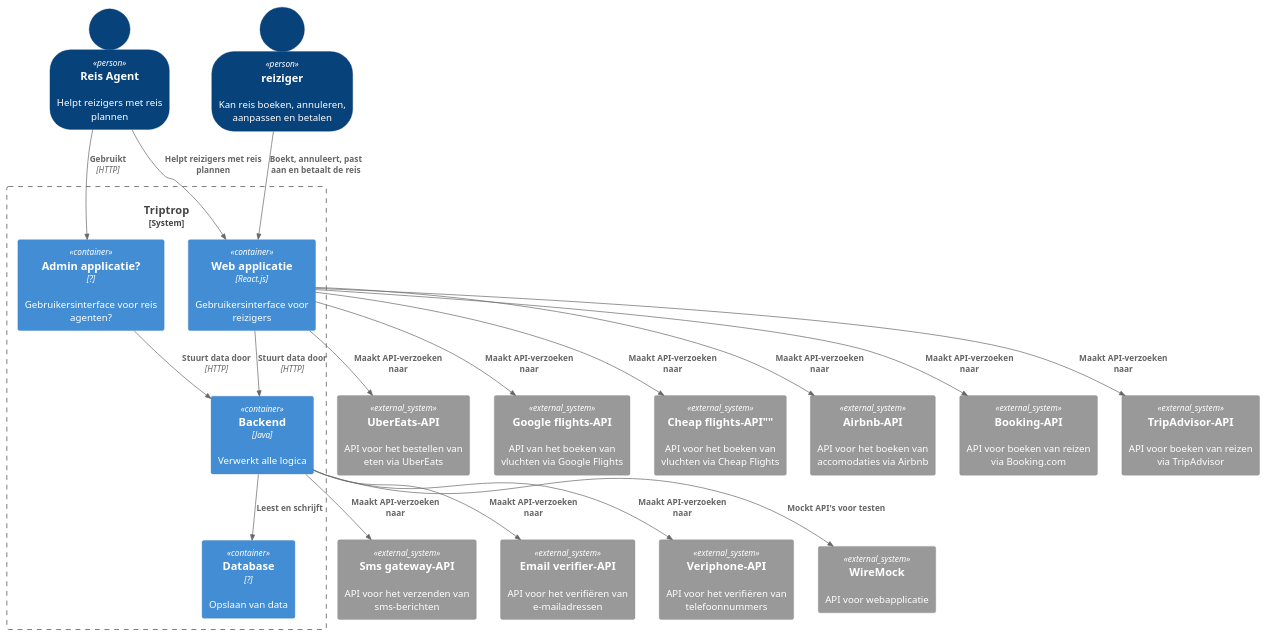
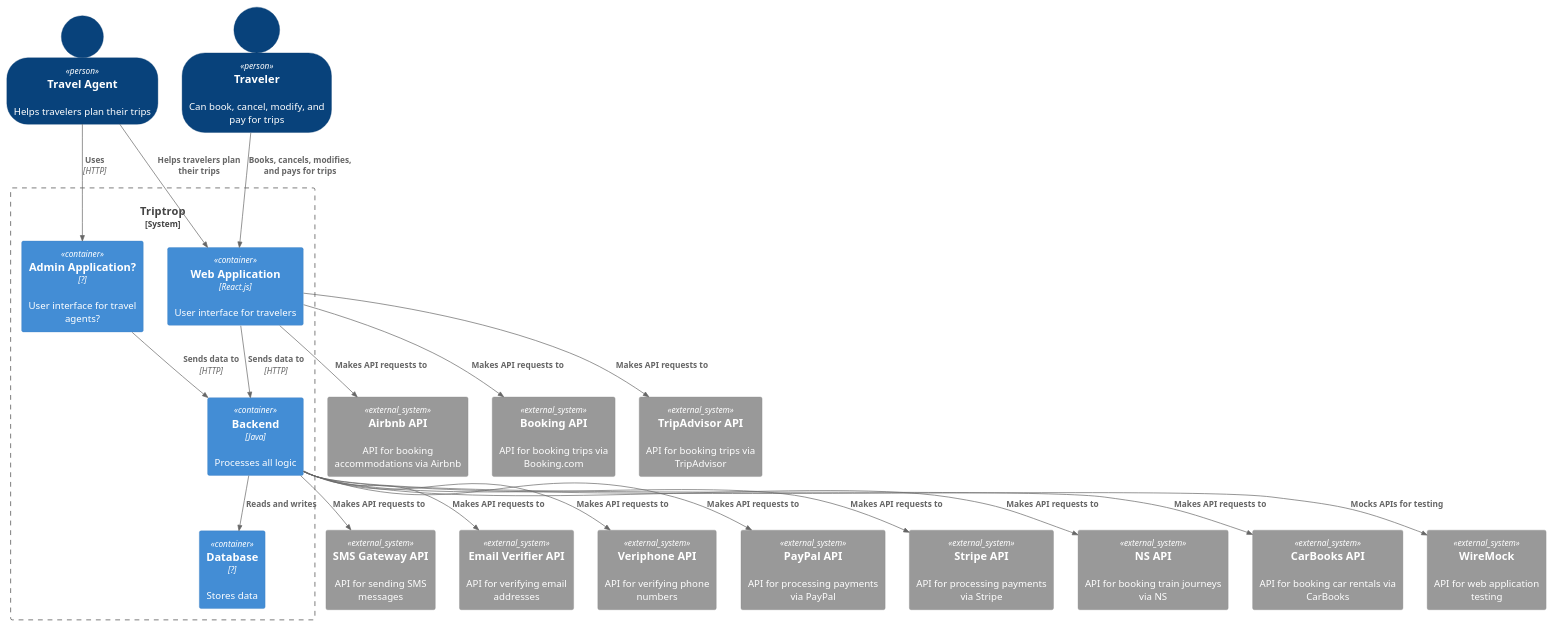
One commit to AIM-ENE-feb25/triptop-inshallahboys changed the diagram in Week1/Presentatie/2ContainerDiagram/container-triptrop.puml. Above: the diagram before and after it, drawn with PlantUML. The commit also changed 2 other files, not shown here.

```diff
--- a/Week1/Presentatie/2ContainerDiagram/container-triptrop.puml
+++ b/Week1/Presentatie/2ContainerDiagram/container-triptrop.puml
@@ -1,51 +1,54 @@
 @startuml
 !include  https://raw.githubusercontent.com/plantuml-stdlib/C4-PlantUML/master/C4_Container.puml
 
 SHOW_PERSON_OUTLINE()
 
-'Actoren
-Person(reisAgent, "Reis Agent", "Helpt reizigers met reis plannen")
-Person(reiziger, "reiziger", "Kan reis boeken, annuleren, aanpassen en betalen")
+'Actors
+Person(travelAgent, "Travel Agent", "Helps travelers plan their trips")
+Person(traveler, "Traveler", "Can book, cancel, modify, and pay for trips")
 
-'Containers binnen het systeem
+'Containers within the system
 System_Boundary(c4, "Triptrop") {
-    Container(webApp, "Web applicatie", "React.js", "Gebruikersinterface voor reizigers")
-    Container(adminApp, "Admin applicatie?", "?", "Gebruikersinterface voor reis agenten?")
-    Container(backend, "Backend", "Java", "Verwerkt alle logica")
-    Container(DB, "Database", "?", "Opslaan van data")
+    Container(webApp, "Web Application", "React.js", "User interface for travelers")
+    Container(adminApp, "Admin Application?", "?", "User interface for travel agents?")
+    Container(backend, "Backend", "Java", "Processes all logic")
+    Container(DB, "Database", "?", "Stores data")
 }
 
-'API's
-System_Ext(wireMock, "WireMock", "API voor webapplicatie")
-System_Ext(bookingAPI, "Booking-API", "API voor boeken van reizen via Booking.com")
-System_Ext(tripAdvisor, "TripAdvisor-API", "API voor boeken van reizen via TripAdvisor")
-System_Ext(uberEats, "UberEats-API", "API voor het bestellen van eten via UberEats")
-System_Ext(googleFlights, "Google flights-API", "API van het boeken van vluchten via Google Flights")
-System_Ext(cheapFlights, Cheap flights-API"", "API voor het boeken van vluchten via Cheap Flights")
-System_Ext(airbnb, "Airbnb-API", "API voor het boeken van accomodaties via Airbnb")
-System_Ext(smsGateway, "Sms gateway-API", "API voor het verzenden van sms-berichten")
-System_Ext(emailVerifier, "Email verifier-API", "API voor het verifiëren van e-mailadressen")
-System_Ext(veriphone, "Veriphone-API", "API voor het verifiëren van telefoonnummers")
+'APIs
+System_Ext(wireMock, "WireMock", "API for web application testing")
+System_Ext(bookingAPI, "Booking API", "API for booking trips via Booking.com")
+System_Ext(tripAdvisor, "TripAdvisor API", "API for booking trips via TripAdvisor")
+System_Ext(airbnb, "Airbnb API", "API for booking accommodations via Airbnb")
+System_Ext(smsGateway, "SMS Gateway API", "API for sending SMS messages")
+System_Ext(emailVerifier, "Email Verifier API", "API for verifying email addresses")
+System_Ext(veriphone, "Veriphone API", "API for verifying phone numbers")
+System_Ext(PayPal, "PayPal API", "API for processing payments via PayPal")
+System_Ext(Stripe, "Stripe API", "API for processing payments via Stripe")
+System_Ext(NS, "NS API", "API for booking train journeys via NS")
+System_Ext(CarBooks, "CarBooks API", "API for booking car rentals via CarBooks")
 
-'Relaties
-Rel(reisAgent, adminApp, "Gebruikt", "HTTP")
-Rel(webApp, backend, "Stuurt data door", "HTTP")
-Rel(adminApp, backend, "Stuurt data door", "HTTP")
-Rel(reiziger, webApp, "Boekt, annuleert, past aan en betaalt de reis")
-Rel(reisAgent, webApp, "Helpt reizigers met reis plannen")
 
-Rel(backend, wireMock, "Mockt API's voor testen")
-Rel(webApp, bookingAPI, "Maakt API-verzoeken naar")
-Rel(webApp, tripAdvisor, "Maakt API-verzoeken naar")
-Rel(webApp, uberEats, "Maakt API-verzoeken naar")
-Rel(webApp, googleFlights, "Maakt API-verzoeken naar")
-Rel(webApp, cheapFlights, "Maakt API-verzoeken naar")
-Rel(webApp, airbnb, "Maakt API-verzoeken naar")
-Rel(backend, smsGateway, "Maakt API-verzoeken naar")
-Rel(backend, emailVerifier, "Maakt API-verzoeken naar")
-Rel(backend, veriphone, "Maakt API-verzoeken naar")
+'Relationships
+Rel(travelAgent, adminApp, "Uses", "HTTP")
+Rel(webApp, backend, "Sends data to", "HTTP")
+Rel(adminApp, backend, "Sends data to", "HTTP")
+Rel(traveler, webApp, "Books, cancels, modifies, and pays for trips")
+Rel(travelAgent, webApp, "Helps travelers plan their trips")
 
-Rel(backend, DB, "Leest en schrijft")
+Rel(backend, wireMock, "Mocks APIs for testing")
+Rel(webApp, bookingAPI, "Makes API requests to")
+Rel(webApp, tripAdvisor, "Makes API requests to")
+Rel(webApp, airbnb, "Makes API requests to")
+Rel(backend, smsGateway, "Makes API requests to")
+Rel(backend, emailVerifier, "Makes API requests to")
+Rel(backend, veriphone, "Makes API requests to")
+Rel(backend, PayPal, "Makes API requests to")
+Rel(backend, Stripe, "Makes API requests to")
+Rel(backend, NS, "Makes API requests to")
+Rel(backend, CarBooks, "Makes API requests to")
+
+Rel(backend, DB, "Reads and writes")
 
 
 @enduml
```
